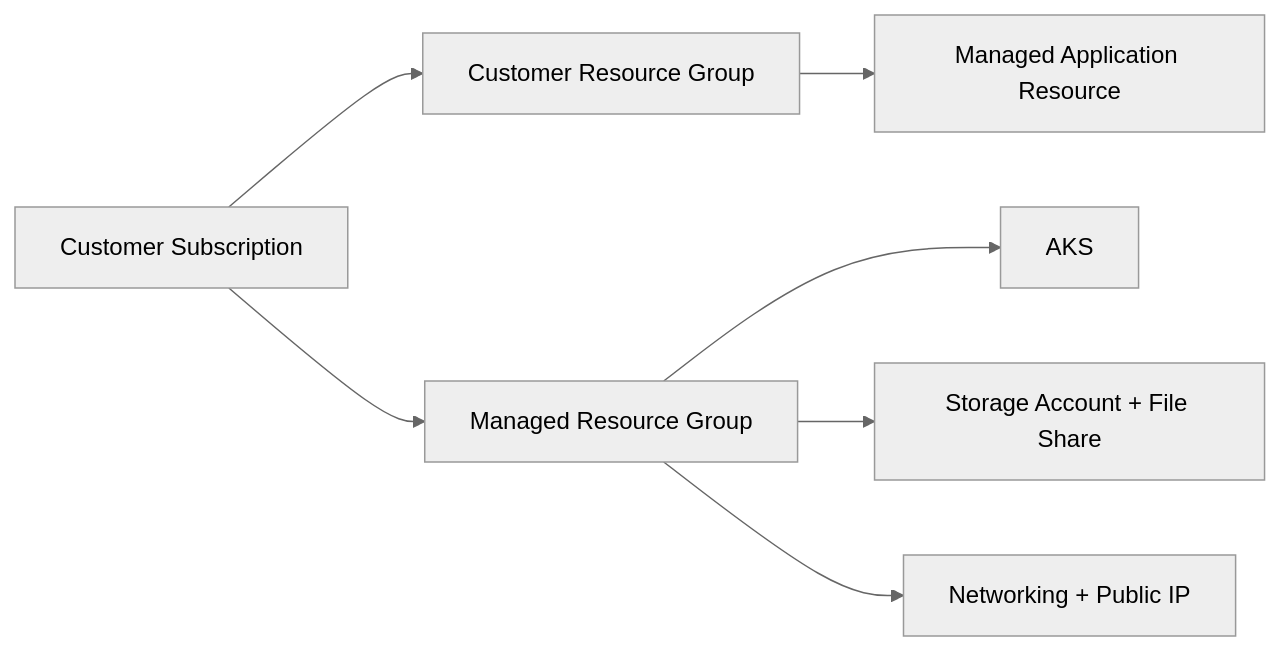
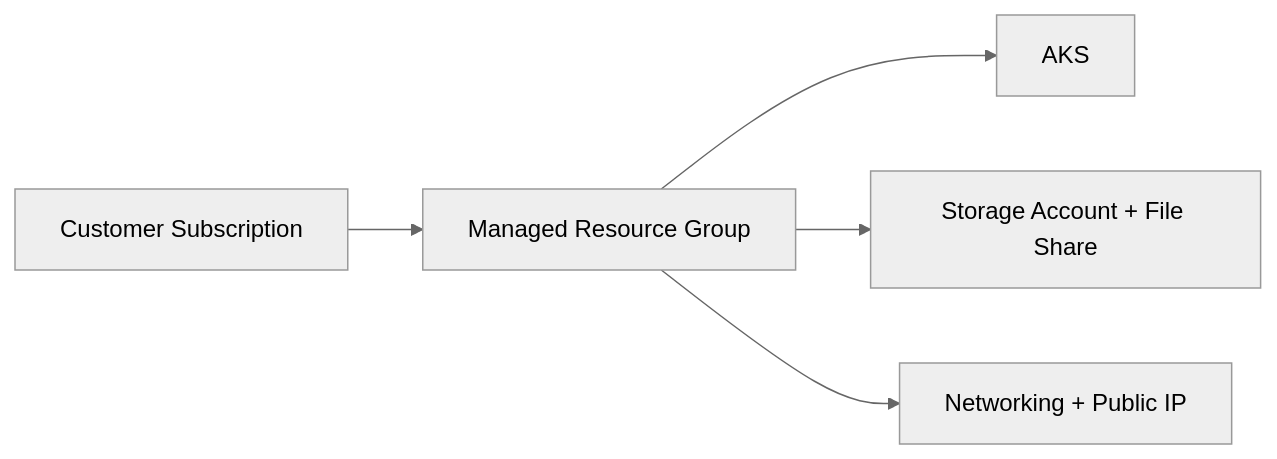
Before and after one commit to southrivertech/titansftp.pub: the diagram in azure-aks-application/buyer-subscription-and-update.md, drawn with Mermaid (neutral theme). The commit also changed other lines of this file and 4 other files, not shown here.

````diff
--- a/azure-aks-application/buyer-subscription-and-update.md
+++ b/azure-aks-application/buyer-subscription-and-update.md
@@ -12,9 +17,7 @@
 ```mermaid
 flowchart LR
-    A[Customer Subscription] --> B[Customer Resource Group]
-    B --> C[Managed Application Resource]
-    A --> D[Managed Resource Group]
-    D --> E[AKS]
-    D --> F[Storage Account + File Share]
-    D --> G[Networking + Public IP]
+    A[Customer Subscription] --> B[Managed Resource Group]
+    B --> E[AKS]
+    B --> F[Storage Account + File Share]
+    B --> G[Networking + Public IP]
 ```
````
